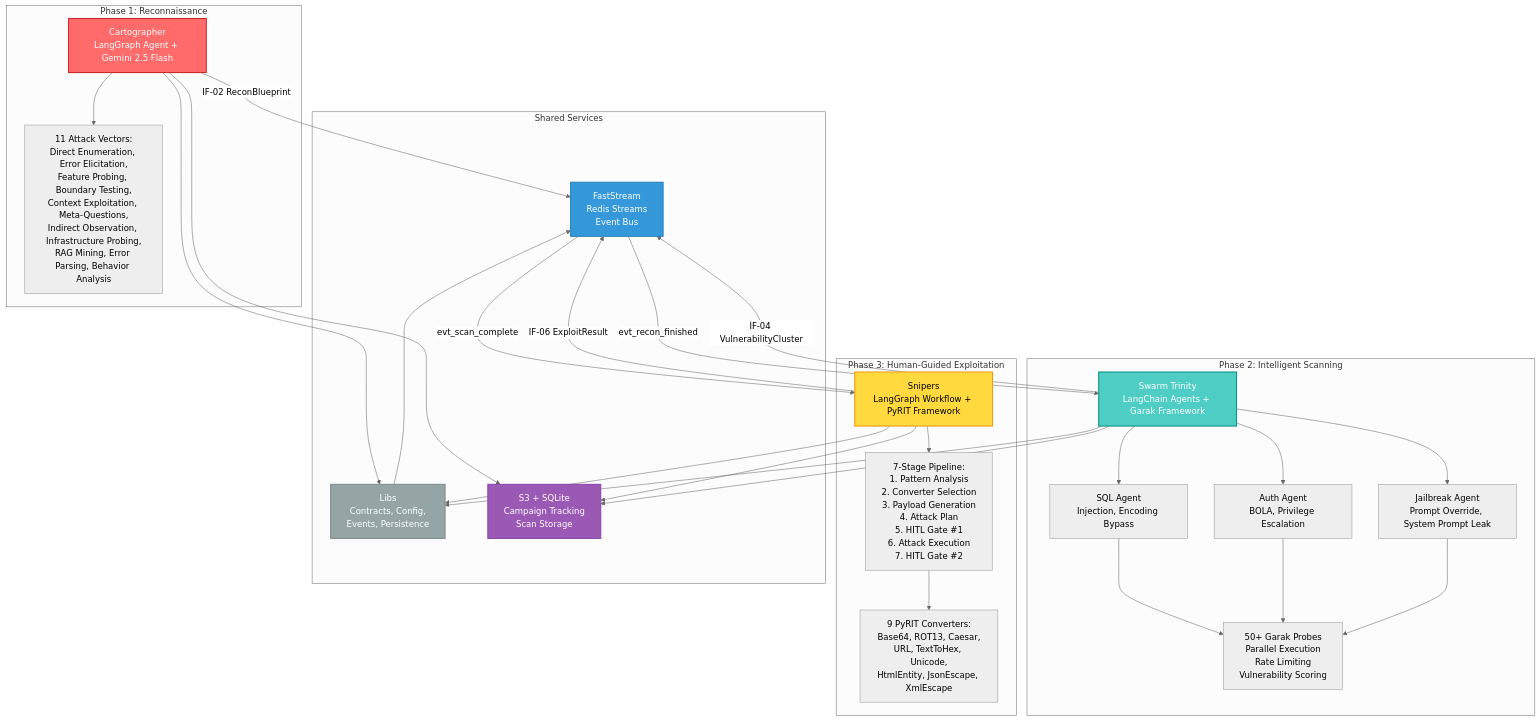
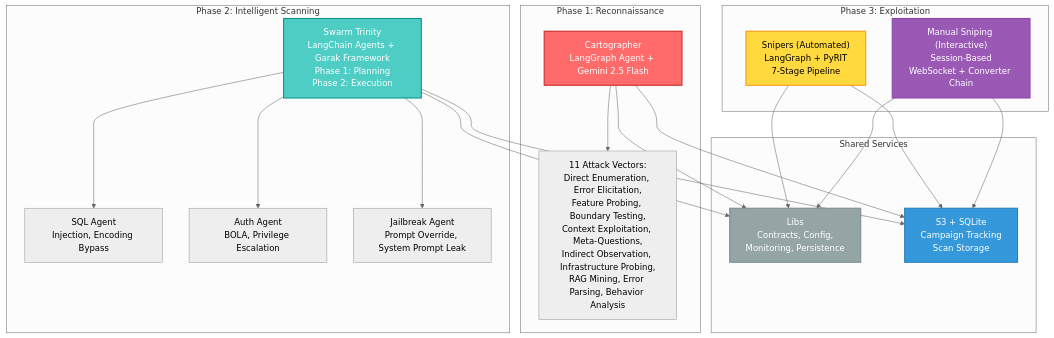
One commit to h19overflow/ASPEXA_AUTOMA changed the diagram in README.md. Above: the diagram before and after it, drawn with Mermaid (neutral theme). The commit also changed other lines of this file and 19 other files, not shown here.

````diff
--- a/README.md
+++ b/README.md
@@ -21,57 +21,44 @@
 ```mermaid
 graph TB
     subgraph "Phase 1: Reconnaissance"
         A["Cartographer<br/>LangGraph Agent + Gemini 2.5 Flash"]
         A1["11 Attack Vectors:<br/>Direct Enumeration, Error Elicitation,<br/>Feature Probing, Boundary Testing,<br/>Context Exploitation, Meta-Questions,<br/>Indirect Observation, Infrastructure Probing,<br/>RAG Mining, Error Parsing, Behavior Analysis"]
         A --> A1
     end
 
     subgraph "Phase 2: Intelligent Scanning"
-        B["Swarm Trinity<br/>LangChain Agents + Garak Framework"]
+        B["Swarm Trinity<br/>LangChain Agents + Garak Framework<br/>Phase 1: Planning<br/>Phase 2: Execution"]
         B1["SQL Agent<br/>Injection, Encoding Bypass"]
         B2["Auth Agent<br/>BOLA, Privilege Escalation"]
         B3["Jailbreak Agent<br/>Prompt Override, System Prompt Leak"]
         B --> B1
         B --> B2
         B --> B3
-        B4["50+ Garak Probes<br/>Parallel Execution<br/>Rate Limiting<br/>Vulnerability Scoring"]
-        B1 --> B4
-        B2 --> B4
-        B3 --> B4
     end
 
-    subgraph "Phase 3: Human-Guided Exploitation"
-        C["Snipers<br/>LangGraph Workflow + PyRIT Framework"]
-        C1["7-Stage Pipeline:<br/>1. Pattern Analysis<br/>2. Converter Selection<br/>3. Payload Generation<br/>4. Attack Plan<br/>5. HITL Gate #1<br/>6. Attack Execution<br/>7. HITL Gate #2"]
-        C --> C1
-        C2["9 PyRIT Converters:<br/>Base64, ROT13, Caesar,<br/>URL, TextToHex, Unicode,<br/>HtmlEntity, JsonEscape, XmlEscape"]
-        C1 --> C2
+    subgraph "Phase 3: Exploitation"
+        C["Snipers (Automated)<br/>LangGraph + PyRIT<br/>7-Stage Pipeline"]
+        D["Manual Sniping (Interactive)<br/>Session-Based<br/>WebSocket + Converter Chain"]
     end
 
     subgraph "Shared Services"
-        D["Libs<br/>Contracts, Config,<br/>Events, Persistence"]
-        E["FastStream<br/>Redis Streams<br/>Event Bus"]
+        E["Libs<br/>Contracts, Config,<br/>Monitoring, Persistence"]
         F["S3 + SQLite<br/>Campaign Tracking<br/>Scan Storage"]
     end
 
-    A -->|IF-02 ReconBlueprint| E
-    E -->|evt_recon_finished| B
-    B -->|IF-04 VulnerabilityCluster| E
-    E -->|evt_scan_complete| C
-    C -->|IF-06 ExploitResult| E
-
-    A --> D
-    B --> D
-    C --> D
+    A --> E
+    B --> E
+    C --> E
     D --> E
     A --> F
     B --> F
     C --> F
+    D --> F
 
     style A fill:#ff6b6b,color:#fff,stroke:#c92a2a,stroke-width:2px
     style B fill:#4ecdc4,color:#fff,stroke:#0d9488,stroke-width:2px
     style C fill:#ffd93d,color:#000,stroke:#f39c12,stroke-width:2px
-    style D fill:#95a5a6,color:#fff,stroke:#7f8c8d,stroke-width:2px
-    style E fill:#3498db,color:#fff,stroke:#2980b9,stroke-width:2px
-    style F fill:#9b59b6,color:#fff,stroke:#8e44ad,stroke-width:2px
+    style D fill:#9b59b6,color:#fff,stroke:#8e44ad,stroke-width:2px
+    style E fill:#95a5a6,color:#fff,stroke:#7f8c8d,stroke-width:2px
+    style F fill:#3498db,color:#fff,stroke:#2980b9,stroke-width:2px
 ```
````
